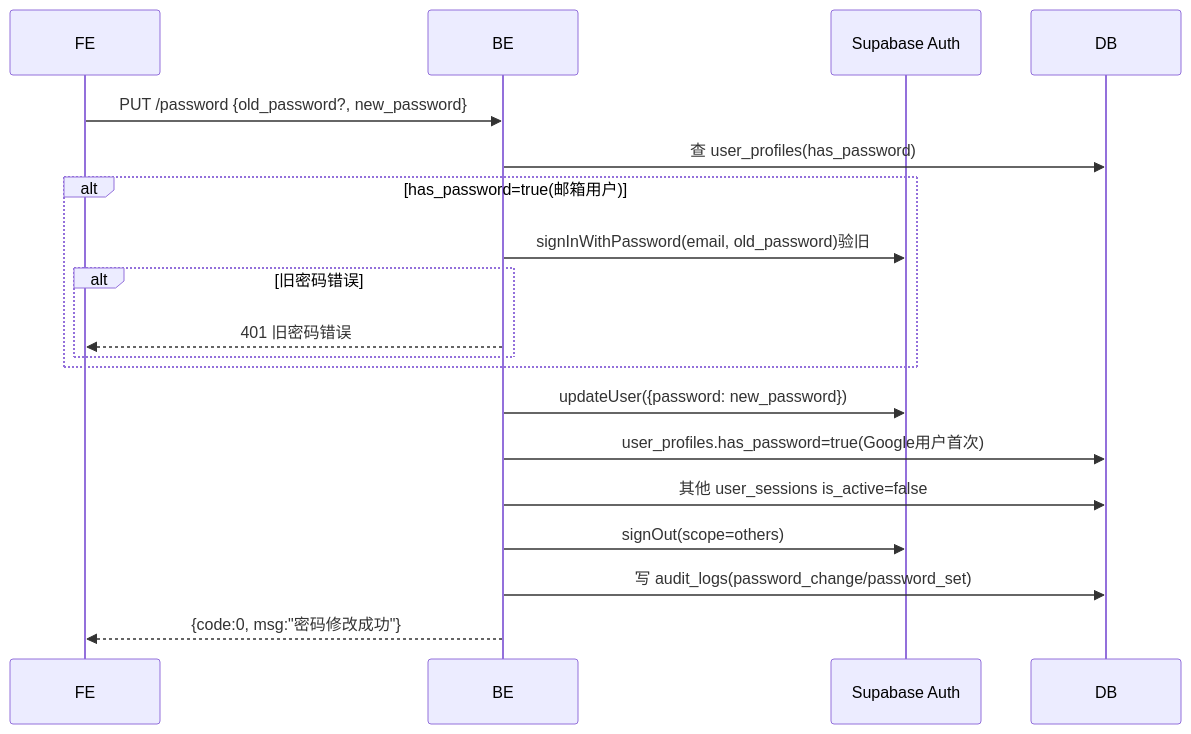
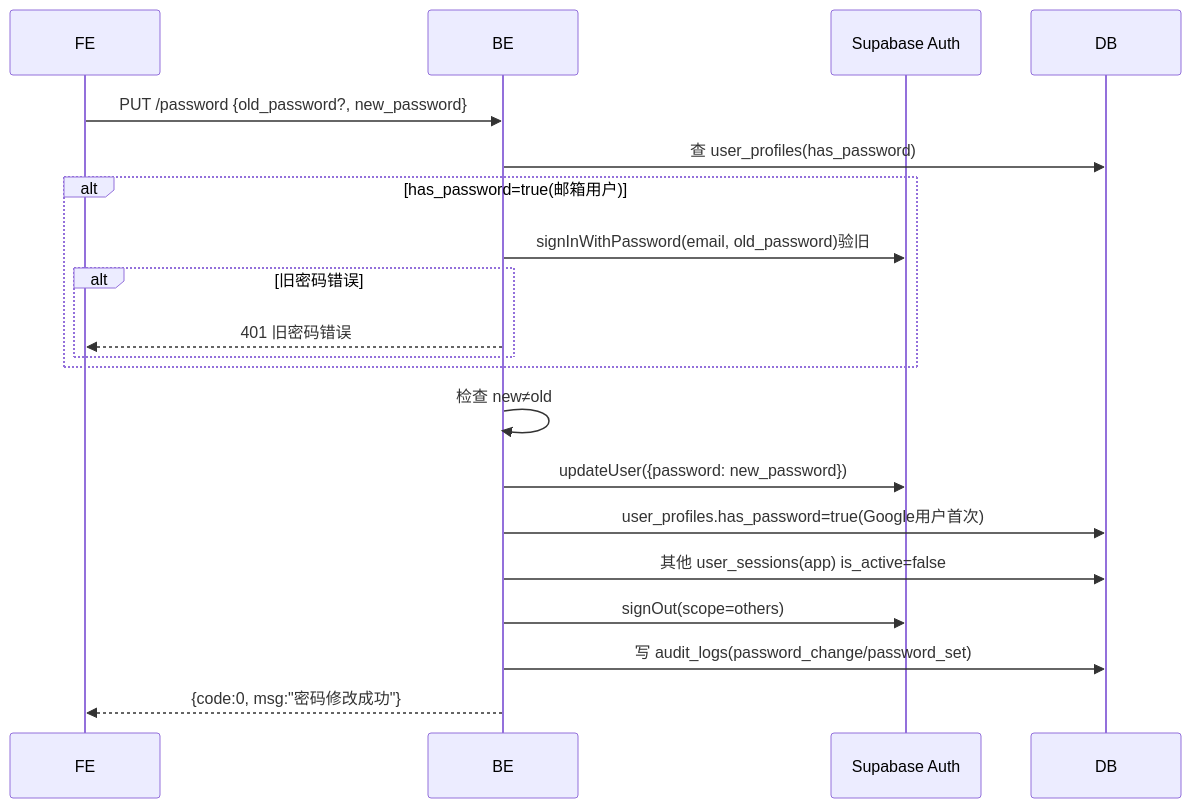
One commit to foryou2026/chinese changed the diagram in docs/D02-api/app/auth/account-entry/03-password.md. Above: the diagram before and after it, drawn with Mermaid. The commit also changed other lines of this file and 8 other files, not shown here.

````diff
--- a/docs/D02-api/app/auth/account-entry/03-password.md
+++ b/docs/D02-api/app/auth/account-entry/03-password.md
@@ -208,21 +26,22 @@
 ```mermaid
 sequenceDiagram
   participant FE
   participant BE
   participant SupaAuth as Supabase Auth
   participant DB
   FE->>BE: PUT /password {old_password?, new_password}
   BE->>DB: 查 user_profiles(has_password)
   alt has_password=true(邮箱用户)
     BE->>SupaAuth: signInWithPassword(email, old_password)验旧
     alt 旧密码错误
       BE-->>FE: 401 旧密码错误
     end
   end
+  BE->>BE: 检查 new≠old
   BE->>SupaAuth: updateUser({password: new_password})
   BE->>DB: user_profiles.has_password=true(Google用户首次)
-  BE->>DB: 其他 user_sessions is_active=false
+  BE->>DB: 其他 user_sessions(app) is_active=false
   BE->>SupaAuth: signOut(scope=others)
   BE->>DB: 写 audit_logs(password_change/password_set)
   BE-->>FE: {code:0, msg:"密码修改成功"}
 ```
````
